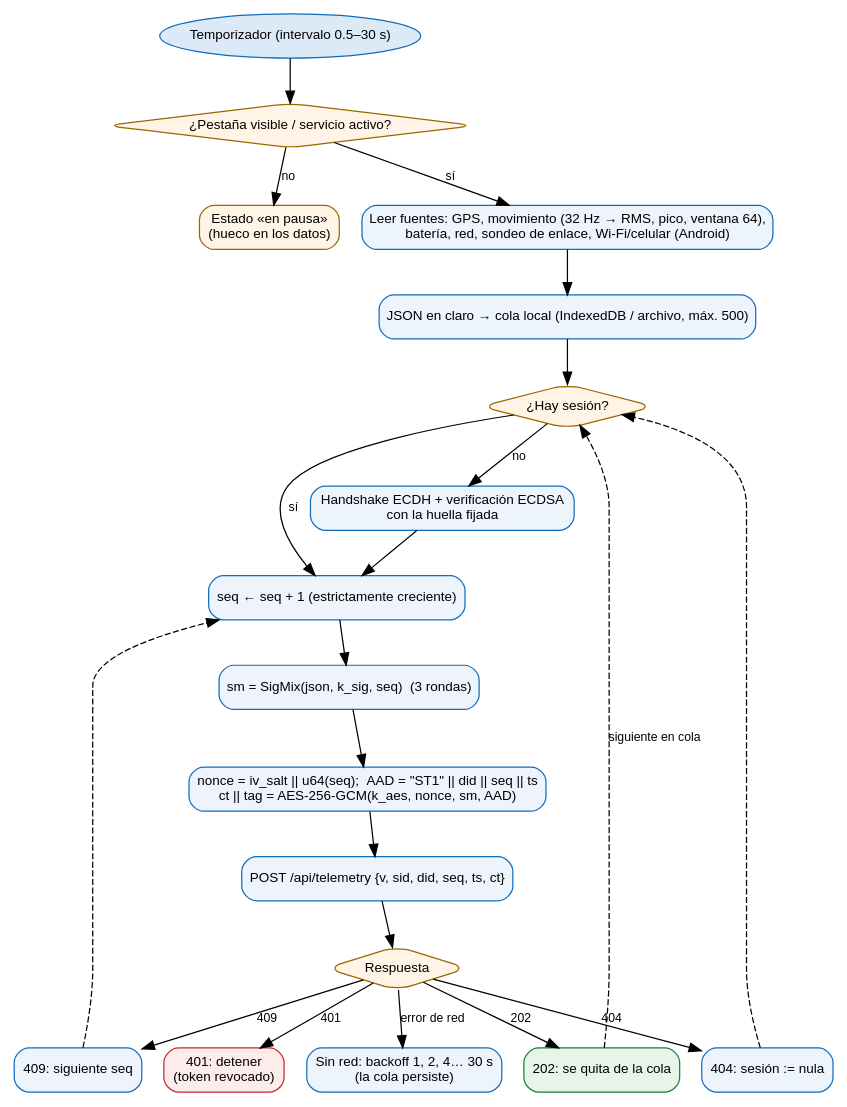
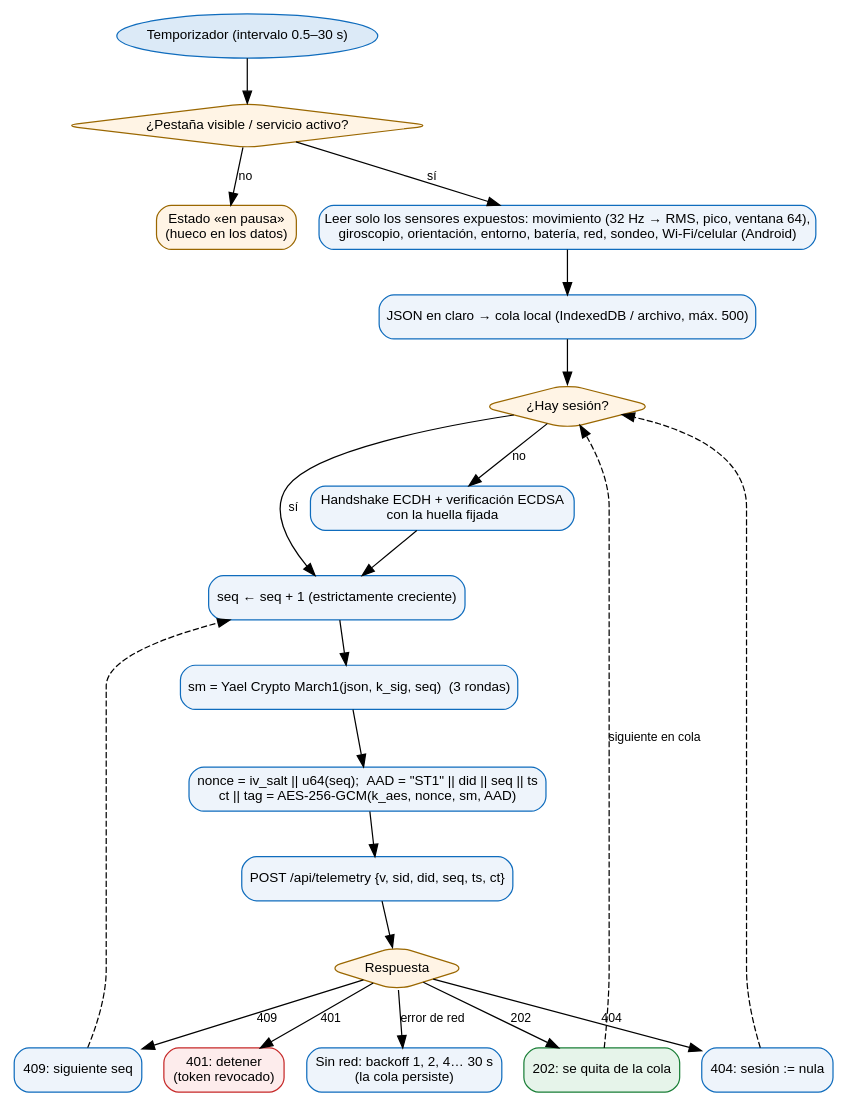
One commit to yaelrdf/Virologia_Criptografia_UPIICSA changed the diagram in Examen_SignalTrace/docs/diagramas/04_envio_paquete.dot. Above: the diagram before and after it, drawn with Graphviz. The commit also changed 76 other files, not shown here.

Commit message:
SignalTrace docs: capítulos, diagramas y capturas para el banco de sensores, YCM1, usuarios y QR; historial con z-scores y carga ordenada

```diff
--- a/Examen_SignalTrace/docs/diagramas/04_envio_paquete.dot
+++ b/Examen_SignalTrace/docs/diagramas/04_envio_paquete.dot
@@ -1,23 +1,23 @@
 digraph G { fontname="Arial"; node [fontname="Arial", fontsize=11]; edge [fontname="Arial", fontsize=10];
   rankdir=TB; node [shape=box, style="rounded,filled", fillcolor="#EEF4FB", color="#0F6CBD"];
   a [label="Temporizador (intervalo 0.5–30 s)", shape=oval, fillcolor="#DCEAF7"];
   vis [label="¿Pestaña visible / servicio activo?", shape=diamond, fillcolor="#FFF4E5", color="#9A6700"];
   pause [label="Estado «en pausa»\n(hueco en los datos)", fillcolor="#FFF4E5", color="#9A6700"];
-  col [label="Leer fuentes: GPS, movimiento (32 Hz → RMS, pico, ventana 64),\nbatería, red, sondeo de enlace, Wi-Fi/celular (Android)"];
+  col [label="Leer solo los sensores expuestos: movimiento (32 Hz → RMS, pico, ventana 64),\ngiroscopio, orientación, entorno, batería, red, sondeo, Wi-Fi/celular (Android)"];
   q [label="JSON en claro → cola local (IndexedDB / archivo, máx. 500)"];
   hs [label="¿Hay sesión?", shape=diamond, fillcolor="#FFF4E5", color="#9A6700"];
   doHs [label="Handshake ECDH + verificación ECDSA\ncon la huella fijada"];
   seq [label="seq ← seq + 1 (estrictamente creciente)"];
-  sm [label="sm = SigMix(json, k_sig, seq)  (3 rondas)"];
+  sm [label="sm = Yael Crypto March1(json, k_sig, seq)  (3 rondas)"];
   ae [label="nonce = iv_salt || u64(seq);  AAD = \"ST1\" || did || seq || ts\nct || tag = AES-256-GCM(k_aes, nonce, sm, AAD)"];
   post [label="POST /api/telemetry {v, sid, did, seq, ts, ct}"];
   res [label="Respuesta", shape=diamond, fillcolor="#FFF4E5", color="#9A6700"];
   ok [label="202: se quita de la cola", fillcolor="#E6F4EA", color="#1A7F37"];
   r404 [label="404: sesión := nula"];
   r409 [label="409: siguiente seq"];
   r401 [label="401: detener\n(token revocado)", fillcolor="#FDECEC", color="#C62828"];
   net [label="Sin red: backoff 1, 2, 4… 30 s\n(la cola persiste)"];
   a -> vis; vis -> pause [label="no"]; vis -> col [label="sí"]; col -> q -> hs; hs -> doHs [label="no"]; hs -> seq [label="sí"]; doHs -> seq; seq -> sm -> ae -> post -> res;
   res -> ok [label="202"]; res -> r404 [label="404"]; res -> r409 [label="409"]; res -> r401 [label="401"]; res -> net [label="error de red"];
   r404 -> hs [style=dashed]; r409 -> seq [style=dashed]; ok -> hs [style=dashed, label="siguiente en cola"];
 }
```
